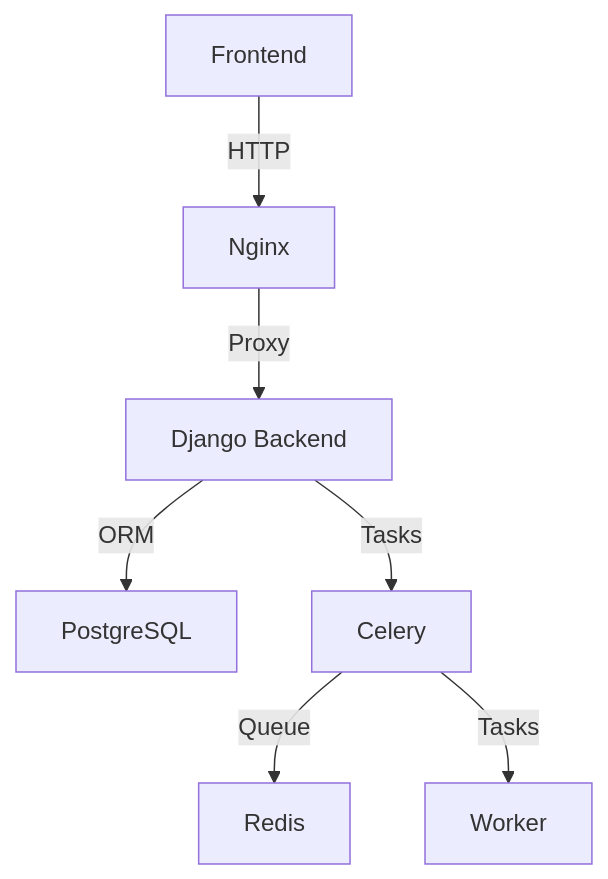
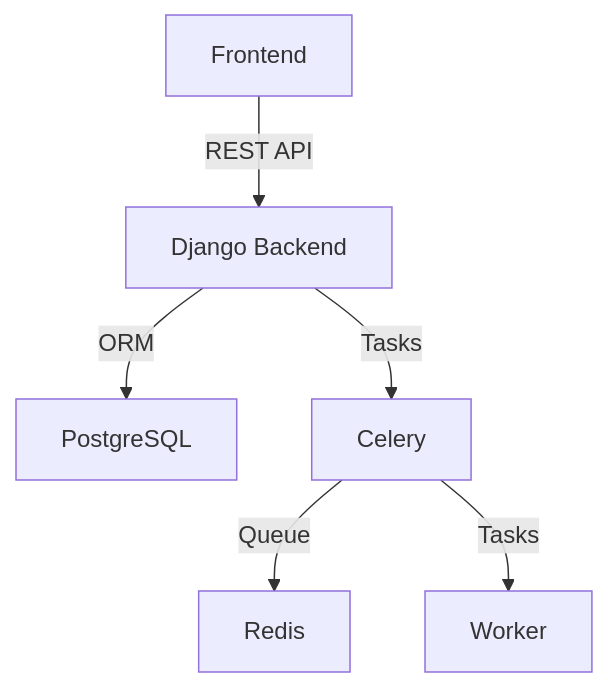
One commit to nhuzaa/django-celery-starter changed the first of 3 diagrams in README.md. Above: the diagram before and after it, drawn with Mermaid. The commit also changed other lines of this file, not shown here.

````diff
--- a/README.md
+++ b/README.md
@@ -7,9 +7,8 @@
 ```mermaid
 graph TD
-    A[Frontend] -->|HTTP| B[Nginx]
-    B -->|Proxy| C[Django Backend]
+    A[Frontend] -->|REST API| C[Django Backend]
     C -->|ORM| D[PostgreSQL]
     C -->|Tasks| E[Celery]
     E -->|Queue| F[Redis]
     E -->|Tasks| G[Worker]
 ```
````
